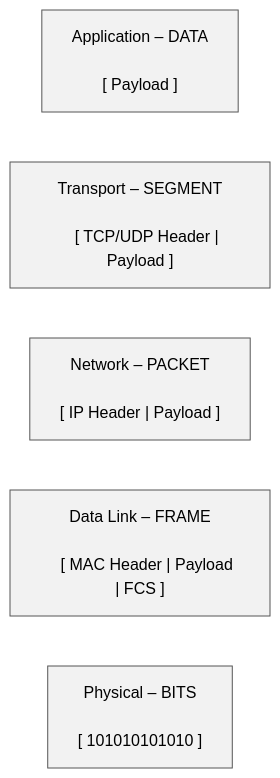
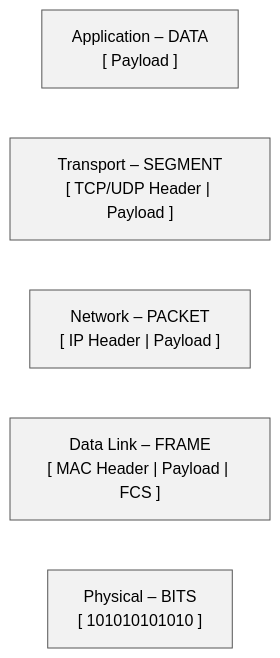
Before and after one commit to lorenzoleonelli/CISSP-Zero-to-Hero: the first of 3 diagrams in DOMAIN4: Communication and Network Security/4.01 Apply secure design principles in network architectures.md, drawn with Mermaid. The commit also changed other lines of this file, not shown here.

Commit message:
Update 4.01 Apply secure design principles in network architectures.md

````diff
--- a/DOMAIN4: Communication and Network Security/4.01 Apply secure design principles in network architectures.md
+++ b/DOMAIN4: Communication and Network Security/4.01 Apply secure design principles in network architectures.md
@@ -58,25 +58,17 @@
 ```mermaid
 flowchart LR
 
-    A["Application – DATA<br/>
-    [ Payload ]"]
+    A["Application – DATA\n[ Payload ]"]
 
-    B["Transport – SEGMENT<br/>
-    [ TCP/UDP Header | Payload ]"]
+    B["Transport – SEGMENT\n[ TCP/UDP Header | Payload ]"]
 
-    C["Network – PACKET<br/>
-    [ IP Header | Payload ]"]
+    C["Network – PACKET\n[ IP Header | Payload ]"]
 
-    D["Data Link – FRAME<br/>
-    [ MAC Header | Payload | FCS ]"]
+    D["Data Link – FRAME\n[ MAC Header | Payload | FCS ]"]
 
-    E["Physical – BITS<br/>
-    [ 101010101010 ]"]
-
-
+    E["Physical – BITS\n[ 101010101010 ]"]
 
     classDef grey fill:#f2f2f2,stroke:#555,color:#000
     class A,B,C,D,E grey
 
-
 ```
````
